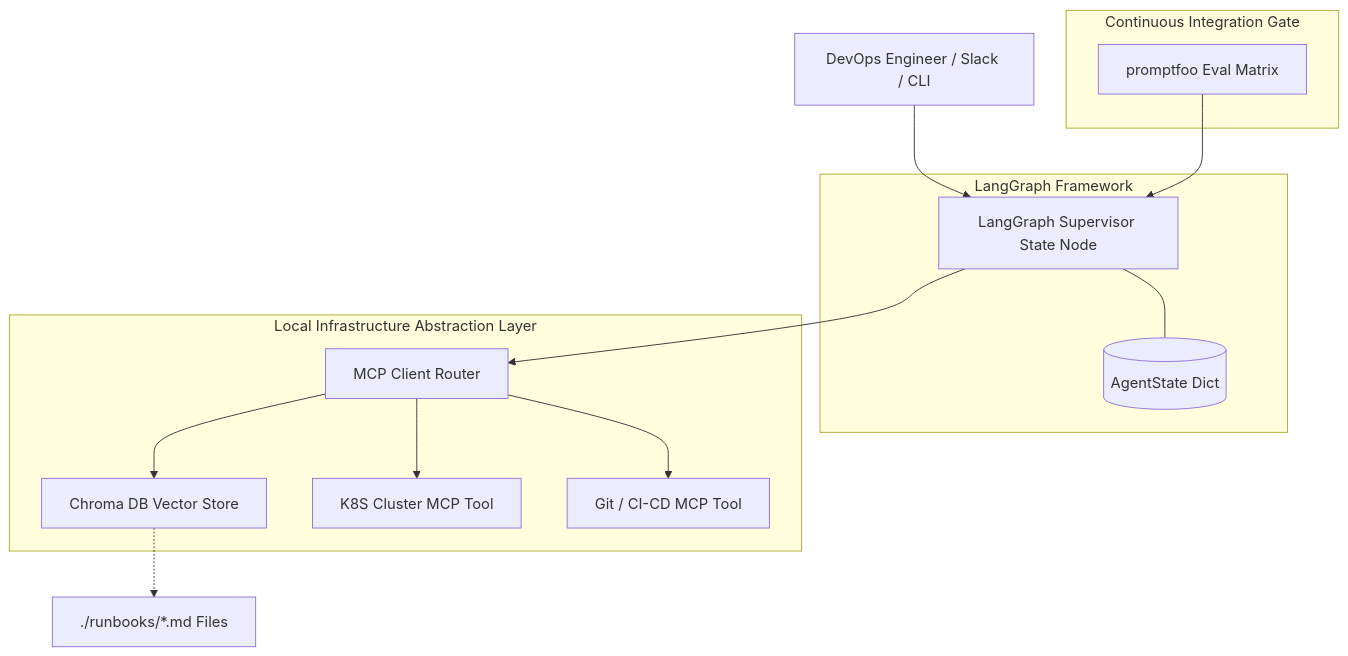
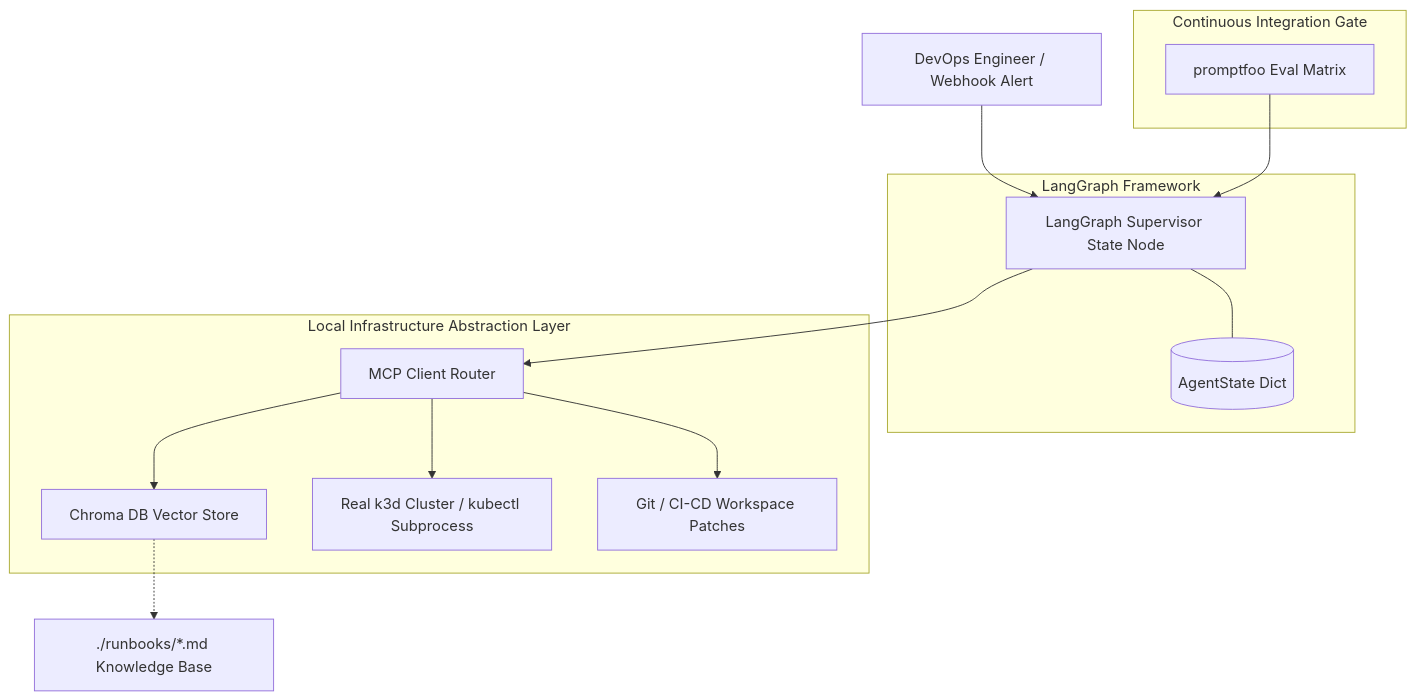
One commit to rcarlson-devops/openops-agent changed the diagram in README.md. Above: the diagram before and after it, drawn with Mermaid. The commit also changed other lines of this file, not shown here.

Commit message:
Still developing the project outline, architecture, and scope

````diff
--- a/README.md
+++ b/README.md
@@ -5,26 +5,26 @@
 ```mermaid
 graph TD
-    User[DevOps Engineer / Slack / CLI] --> Graph
+    User[DevOps Engineer / Webhook Alert] --> Graph
 
     subgraph Orchestrator [LangGraph Framework]
         Graph[LangGraph Supervisor State Node] 
         Memory[(AgentState Dict)]
         Graph --- Memory
     end
 
     Graph --> Router[MCP Client Router]
 
     subgraph Tooling [Local Infrastructure Abstraction Layer]
         Router --> RAG[Chroma DB Vector Store]
-        Router --> K8s[K8S Cluster MCP Tool]
-        Router --> Git[Git / CI-CD MCP Tool]
+        Router --> K8s[Real k3d Cluster / kubectl Subprocess]
+        Router --> Git[Git / CI-CD Workspace Patches]
     end
 
-    RAG -.-> Runbooks[./runbooks/*.md Files]
+    RAG -.-> Runbooks[./runbooks/*.md Knowledge Base]
 
     subgraph Validation [Continuous Integration Gate]
         CI[promptfoo Eval Matrix]
     end
     
     CI --> Graph
 ```
````
